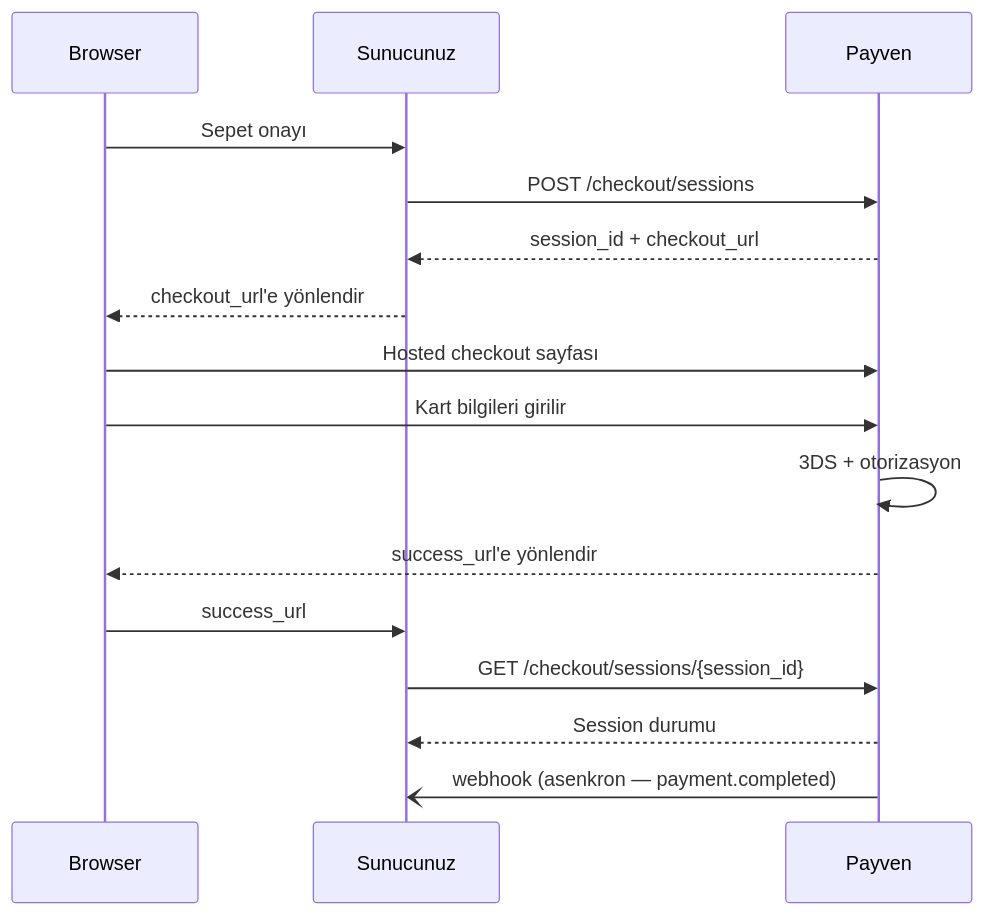
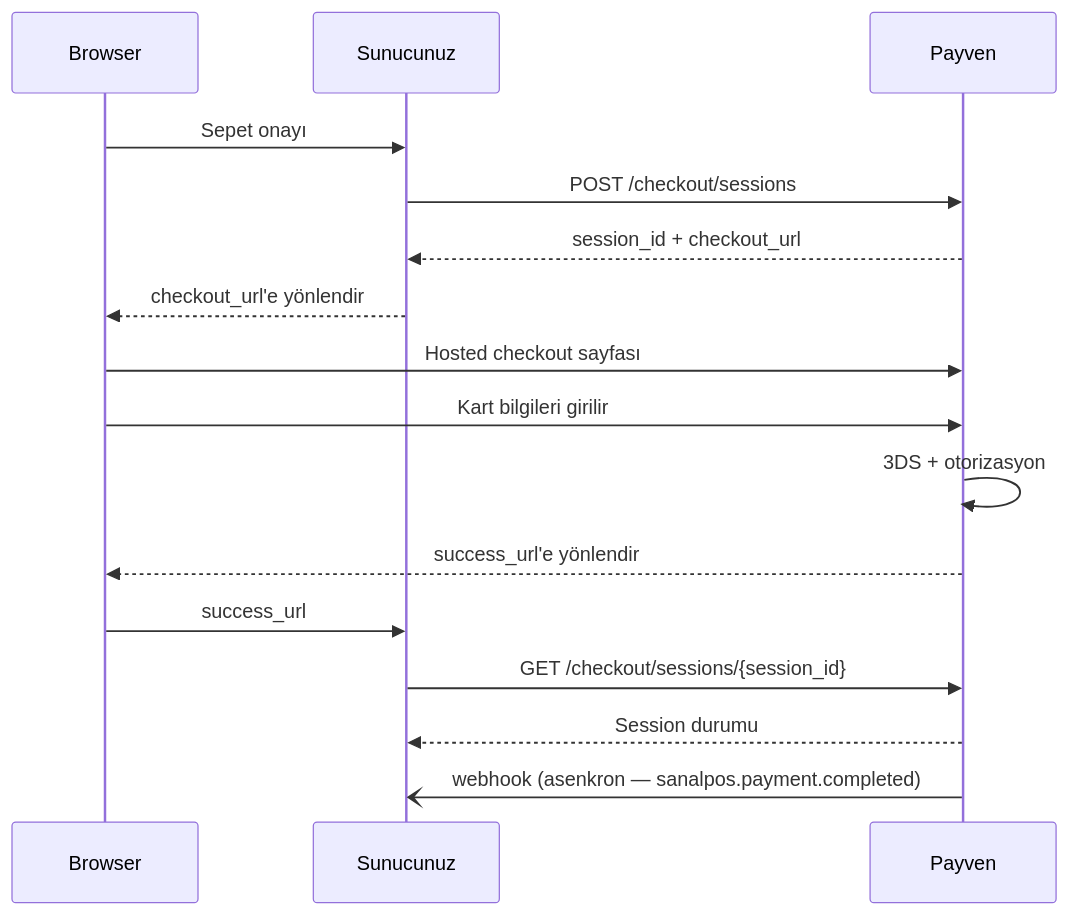
The diagram in sanal-pos/payments/hosted-checkout.mdx (payment-pos/mintlify), drawn with Mermaid before and after one commit. The commit also changed other lines of this file and 43 other files, not shown here.

````diff
--- a/sanal-pos/payments/hosted-checkout.mdx
+++ b/sanal-pos/payments/hosted-checkout.mdx
@@ -19,19 +19,19 @@
 ```mermaid
 sequenceDiagram
     participant Browser
     participant App as Sunucunuz
     participant Payven
 
     Browser->>App: Sepet onayı
     App->>Payven: POST /checkout/sessions
     Payven-->>App: session_id + checkout_url
     App-->>Browser: checkout_url'e yönlendir
     Browser->>Payven: Hosted checkout sayfası
     Browser->>Payven: Kart bilgileri girilir
     Payven->>Payven: 3DS + otorizasyon
     Payven-->>Browser: success_url'e yönlendir
     Browser->>App: success_url
     App->>Payven: GET /checkout/sessions/{session_id}
     Payven-->>App: Session durumu
-    Payven-)App: webhook (asenkron — payment.completed)
+    Payven-)App: webhook (asenkron — sanalpos.payment.completed)
 ```
````
